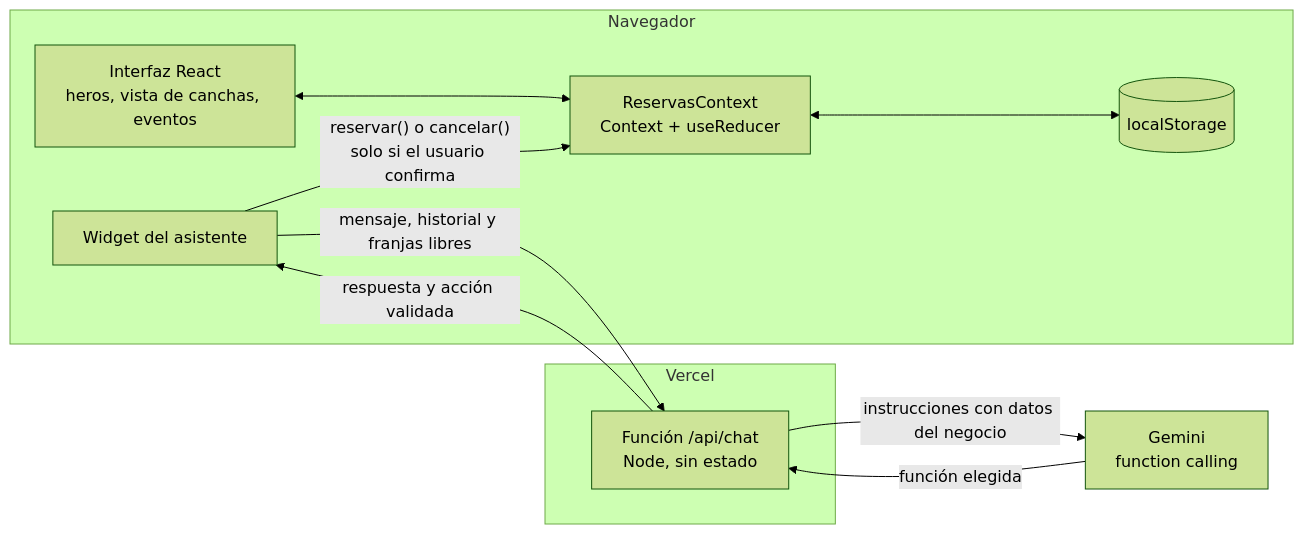
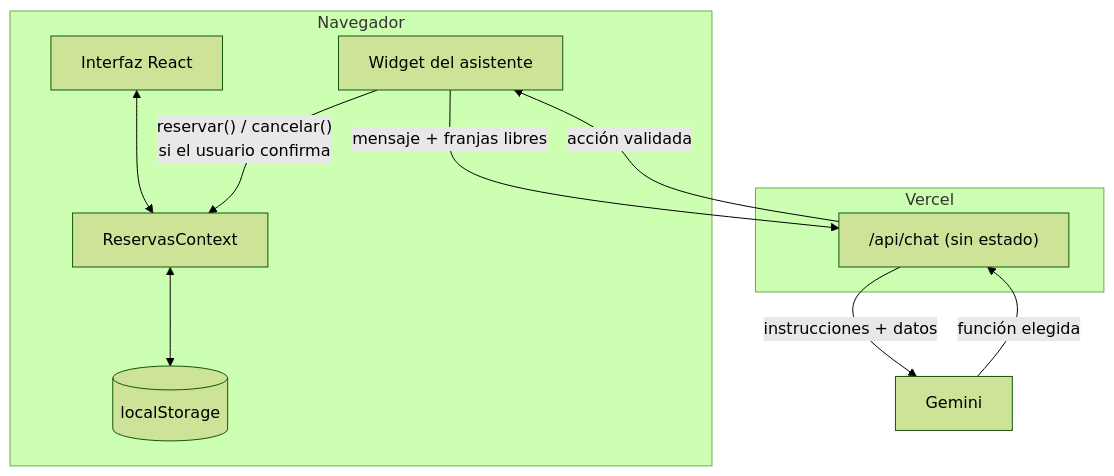
Before and after one commit to JuanFierro15/ProyectoSportify: the first of 2 diagrams in README.md, drawn with Mermaid (forest theme). The commit also changed other lines of this file, not shown here.

Commit message:
docs: diagramas del README más legibles

````diff
--- a/README.md
+++ b/README.md
@@ -198,21 +198,21 @@
 ```mermaid
-flowchart LR
+flowchart TB
   subgraph Navegador
-    UI["Interfaz React<br/>heros, vista de canchas, eventos"]
-    CTX["ReservasContext<br/>Context + useReducer"]
+    UI["Interfaz React"]
+    CHAT["Widget del asistente"]
+    CTX["ReservasContext"]
     LS[("localStorage")]
-    CHAT["Widget del asistente"]
   end
   subgraph Vercel
-    API["Función /api/chat<br/>Node, sin estado"]
+    API["/api/chat (sin estado)"]
   end
-  GEM["Gemini<br/>function calling"]
+  GEM["Gemini"]
 
   UI <--> CTX
   CTX <--> LS
-  CHAT -- "mensaje, historial y franjas libres" --> API
-  API -- "instrucciones con datos del negocio" --> GEM
+  CHAT -- "mensaje + franjas libres" --> API
+  API -- "instrucciones + datos" --> GEM
   GEM -- "función elegida" --> API
-  API -- "respuesta y acción validada" --> CHAT
-  CHAT -- "reservar() o cancelar()<br/>solo si el usuario confirma" --> CTX
+  API -- "acción validada" --> CHAT
+  CHAT -- "reservar() / cancelar()<br/>si el usuario confirma" --> CTX
 ```
````
